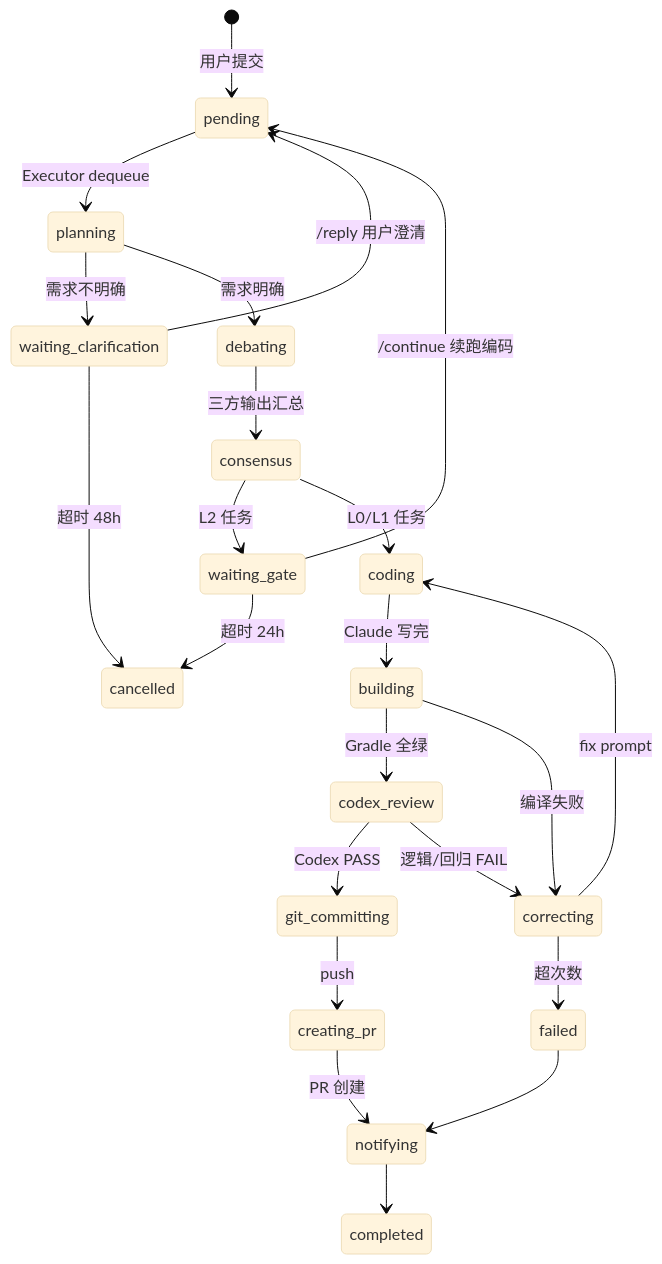
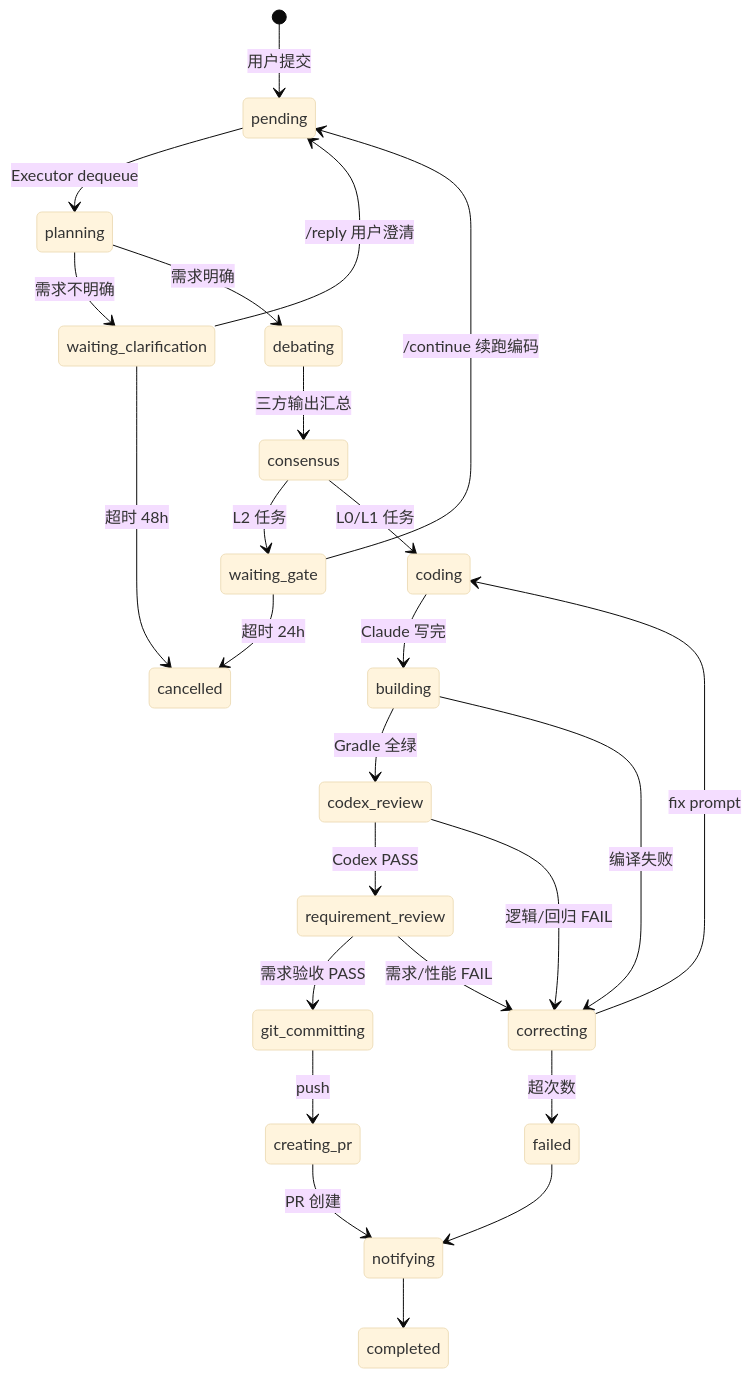
Before and after one commit to TurboSnails/AICodeAgent: the third of 3 diagrams in ARCHITECTURE_v3.md, drawn with Mermaid (base theme). The commit also changed other lines of this file and 4 other files, not shown here.

````diff
--- a/ARCHITECTURE_v3.md
+++ b/ARCHITECTURE_v3.md
@@ -177,25 +177,27 @@
 ```mermaid
 stateDiagram-v2
     [*] --> pending: 用户提交
     pending --> planning: Executor dequeue
     planning --> waiting_clarification: 需求不明确
     planning --> debating: 需求明确
     waiting_clarification --> pending: /reply 用户澄清
     waiting_clarification --> cancelled: 超时 48h
     debating --> consensus: 三方输出汇总
     consensus --> waiting_gate: L2 任务
     consensus --> coding: L0/L1 任务
     waiting_gate --> pending: /continue 续跑编码
     waiting_gate --> cancelled: 超时 24h
     coding --> building: Claude 写完
     building --> codex_review: Gradle 全绿
     building --> correcting: 编译失败
-    codex_review --> git_committing: Codex PASS
+    codex_review --> requirement_review: Codex PASS
     codex_review --> correcting: 逻辑/回归 FAIL
+    requirement_review --> git_committing: 需求验收 PASS
+    requirement_review --> correcting: 需求/性能 FAIL
     correcting --> coding: fix prompt
     correcting --> failed: 超次数
     git_committing --> creating_pr: push
     creating_pr --> notifying: PR 创建
     notifying --> completed
     failed --> notifying
 ```
````
